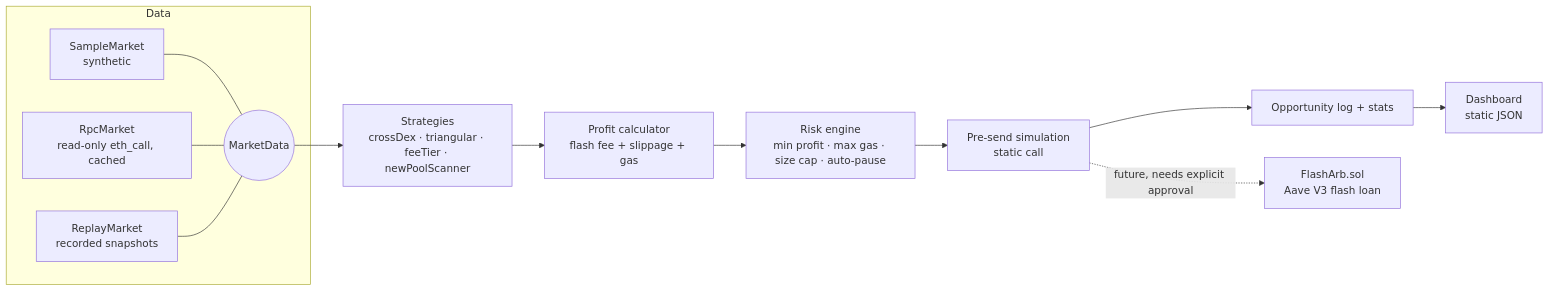
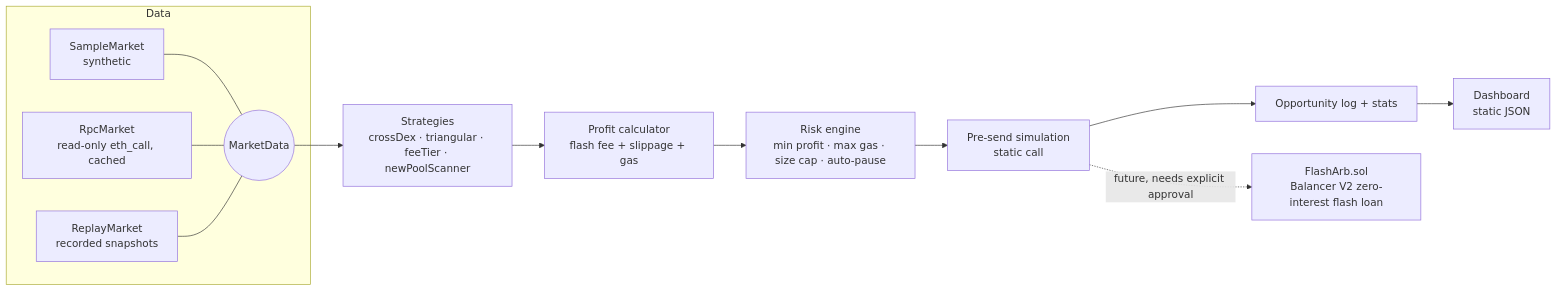
One commit to Abdou293/Flash-loan-with-arbitrage- changed the diagram in README.md. Above: the diagram before and after it, drawn with Mermaid. The commit also changed other lines of this file and 20 other files, not shown here.

First line of the commit message:
feat!: zero-interest loans only (Balancer V2); remove Aave

````diff
--- a/README.md
+++ b/README.md
@@ -39,15 +40,15 @@
 ```mermaid
 flowchart LR
   subgraph Data
     M1[SampleMarket<br/>synthetic] --- MD((MarketData))
     M2[RpcMarket<br/>read-only eth_call, cached] --- MD
     M3[ReplayMarket<br/>recorded snapshots] --- MD
   end
   MD --> S[Strategies<br/>crossDex · triangular · feeTier · newPoolScanner]
   S --> P[Profit calculator<br/>flash fee + slippage + gas]
   P --> R[Risk engine<br/>min profit · max gas · size cap · auto-pause]
   R --> SIM[Pre-send simulation<br/>static call]
   SIM --> L[Opportunity log + stats]
   L --> D[Dashboard<br/>static JSON]
-  SIM -. "future, needs explicit approval" .-> C[FlashArb.sol<br/>Aave V3 flash loan]
+  SIM -. "future, needs explicit approval" .-> C[FlashArb.sol<br/>Balancer V2 zero-interest flash loan]
 ```
````
